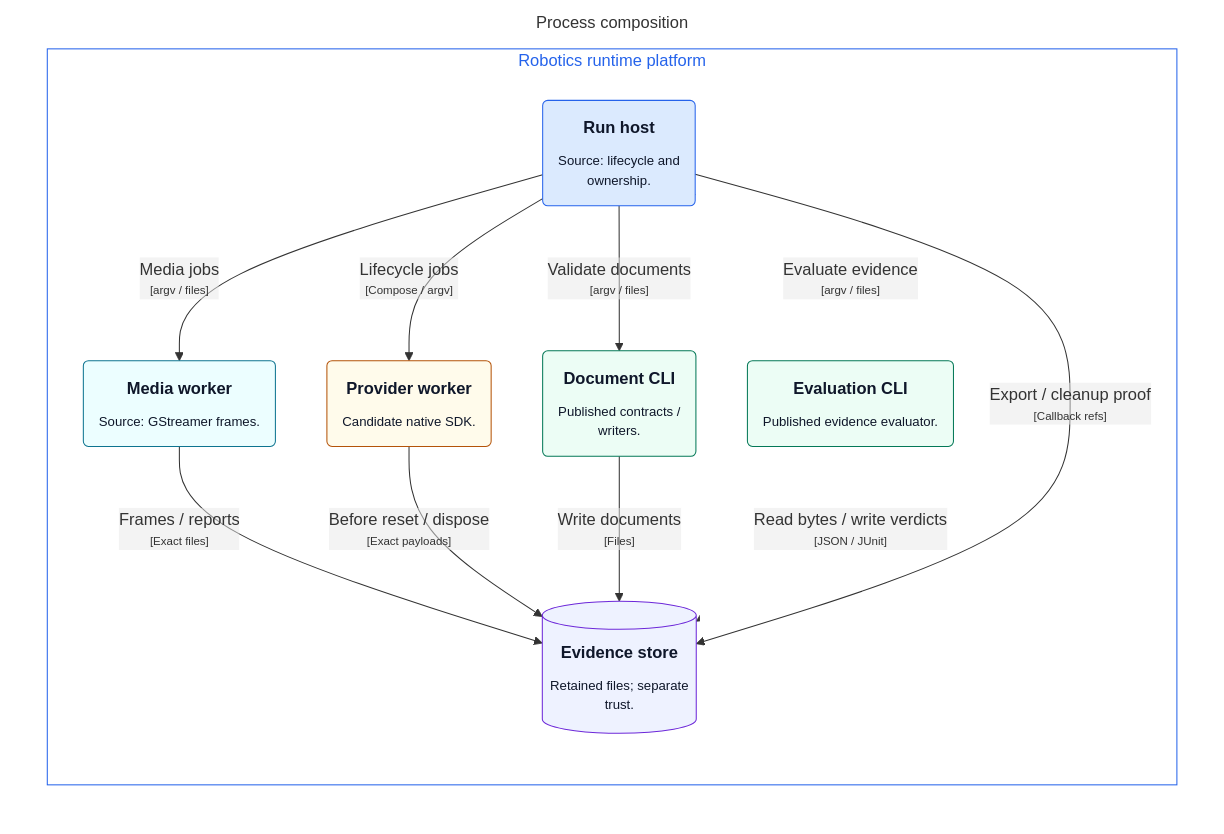
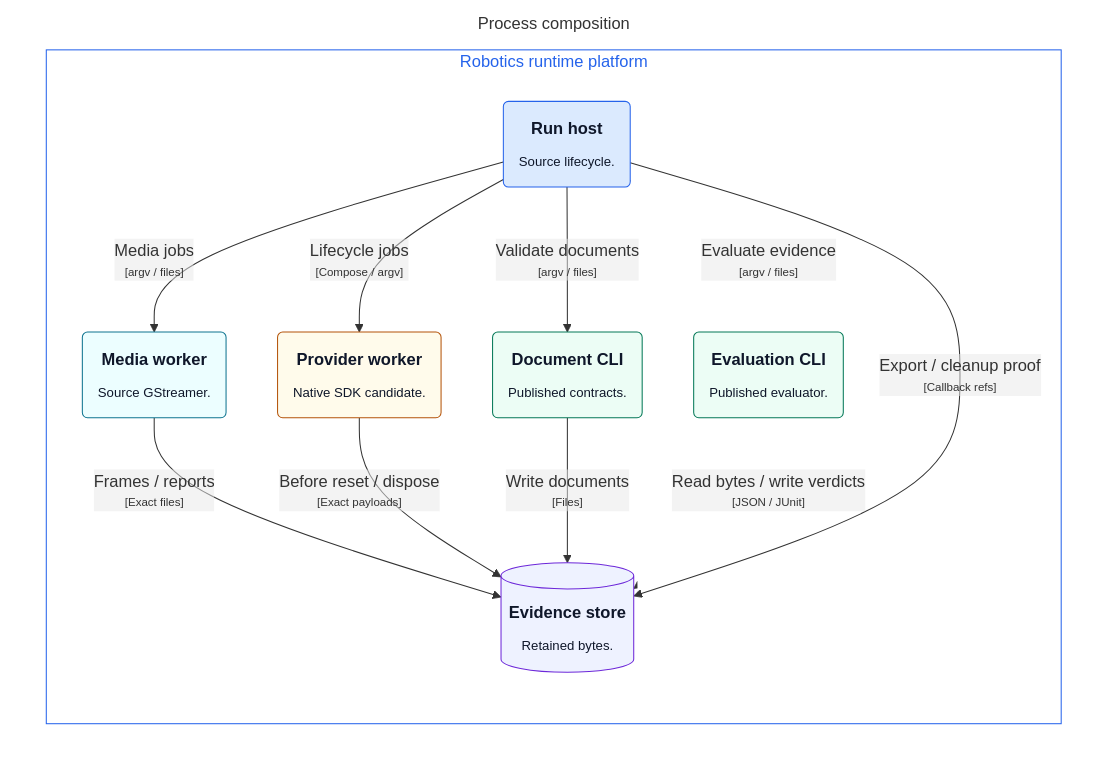
Before and after one commit to mmkolpakov/robotics-runtime: the diagram in docs/architecture/generated/structurizr-Container.mmd, drawn with Mermaid. The commit also changed 10 other files, not shown here.

Commit message:
Shorten scope labels in architecture entry views

```diff
--- a/docs/architecture/generated/structurizr-Container.mmd
+++ b/docs/architecture/generated/structurizr-Container.mmd
@@ -1,34 +1,34 @@
 graph LR
   linkStyle default fill:#ffffff
 
   subgraph diagram ["Process composition"]
     style diagram fill:#ffffff,stroke:#ffffff
 
     subgraph 7 ["Robotics runtime platform"]
       style 7 fill:#ffffff,stroke:#2563eb,color:#2563eb
 
-      10("<div style='font-weight: bold'>Evaluation CLI</div><div style='font-size: 80%; margin-top:10px'>Published evidence evaluator.</div>")
+      10("<div style='font-weight: bold'>Evaluation CLI</div><div style='font-size: 80%; margin-top:10px'>Published evaluator.</div>")
       style 10 fill:#ecfdf5,stroke:#047857,color:#0f172a
-      11("<div style='font-weight: bold'>Provider worker</div><div style='font-size: 80%; margin-top:10px'>Candidate native SDK.</div>")
+      11("<div style='font-weight: bold'>Provider worker</div><div style='font-size: 80%; margin-top:10px'>Native SDK candidate.</div>")
       style 11 fill:#fffbeb,stroke:#b45309,color:#0f172a
-      12("<div style='font-weight: bold'>Media worker</div><div style='font-size: 80%; margin-top:10px'>Source: GStreamer frames.</div>")
+      12("<div style='font-weight: bold'>Media worker</div><div style='font-size: 80%; margin-top:10px'>Source GStreamer.</div>")
       style 12 fill:#ecfeff,stroke:#0e7490,color:#0f172a
-      13[("<div style='font-weight: bold'>Evidence store</div><div style='font-size: 80%; margin-top:10px'>Retained files; separate<br />trust.</div>")]
+      13[("<div style='font-weight: bold'>Evidence store</div><div style='font-size: 80%; margin-top:10px'>Retained bytes.</div>")]
       style 13 fill:#eef2ff,stroke:#6d28d9,color:#0f172a
-      8("<div style='font-weight: bold'>Run host</div><div style='font-size: 80%; margin-top:10px'>Source: lifecycle and<br />ownership.</div>")
+      8("<div style='font-weight: bold'>Run host</div><div style='font-size: 80%; margin-top:10px'>Source lifecycle.</div>")
       style 8 fill:#dbeafe,stroke:#2563eb,color:#0f172a
-      9("<div style='font-weight: bold'>Document CLI</div><div style='font-size: 80%; margin-top:10px'>Published contracts /<br />writers.</div>")
+      9("<div style='font-weight: bold'>Document CLI</div><div style='font-size: 80%; margin-top:10px'>Published contracts.</div>")
       style 9 fill:#ecfdf5,stroke:#047857,color:#0f172a
     end
 
     8-- "<div>Validate documents</div><div style='font-size: 70%'>[argv / files]</div>" -->9
     8-- "<div>Evaluate evidence</div><div style='font-size: 70%'>[argv / files]</div>" -->10
     8-- "<div>Lifecycle jobs</div><div style='font-size: 70%'>[Compose / argv]</div>" -->11
     8-- "<div>Media jobs</div><div style='font-size: 70%'>[argv / files]</div>" -->12
     12-- "<div>Frames / reports</div><div style='font-size: 70%'>[Exact files]</div>" -->13
     11-- "<div>Before reset / dispose</div><div style='font-size: 70%'>[Exact payloads]</div>" -->13
     9-- "<div>Write documents</div><div style='font-size: 70%'>[Files]</div>" -->13
     10-- "<div>Read bytes / write verdicts</div><div style='font-size: 70%'>[JSON / JUnit]</div>" -->13
     8-- "<div>Export / cleanup proof</div><div style='font-size: 70%'>[Callback refs]</div>" -->13
 
   end
```
